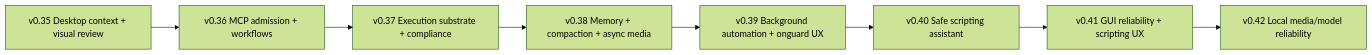
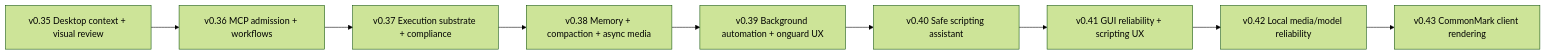
Before and after one commit to marctjones/capabledeputy: the diagram in ROADMAP.md, drawn with Mermaid (forest theme). The commit also changed other lines of this file and 1 other file, not shown here.

Commit message:
docs: add v0.43 commonmark roadmap

````diff
--- a/ROADMAP.md
+++ b/ROADMAP.md
@@ -16,12 +17,13 @@
 ```mermaid
 flowchart LR
   v35[v0.35 Desktop context + visual review]
   v36[v0.36 MCP admission + workflows]
   v37[v0.37 Execution substrate + compliance]
   v38[v0.38 Memory + compaction + async media]
   v39[v0.39 Background automation + onguard UX]
   v40[v0.40 Safe scripting assistant]
   v41[v0.41 GUI reliability + scripting UX]
   v42[v0.42 Local media/model reliability]
-  v35 --> v36 --> v37 --> v38 --> v39 --> v40 --> v41 --> v42
+  v43[v0.43 CommonMark client rendering]
+  v35 --> v36 --> v37 --> v38 --> v39 --> v40 --> v41 --> v42 --> v43
 ```
````
